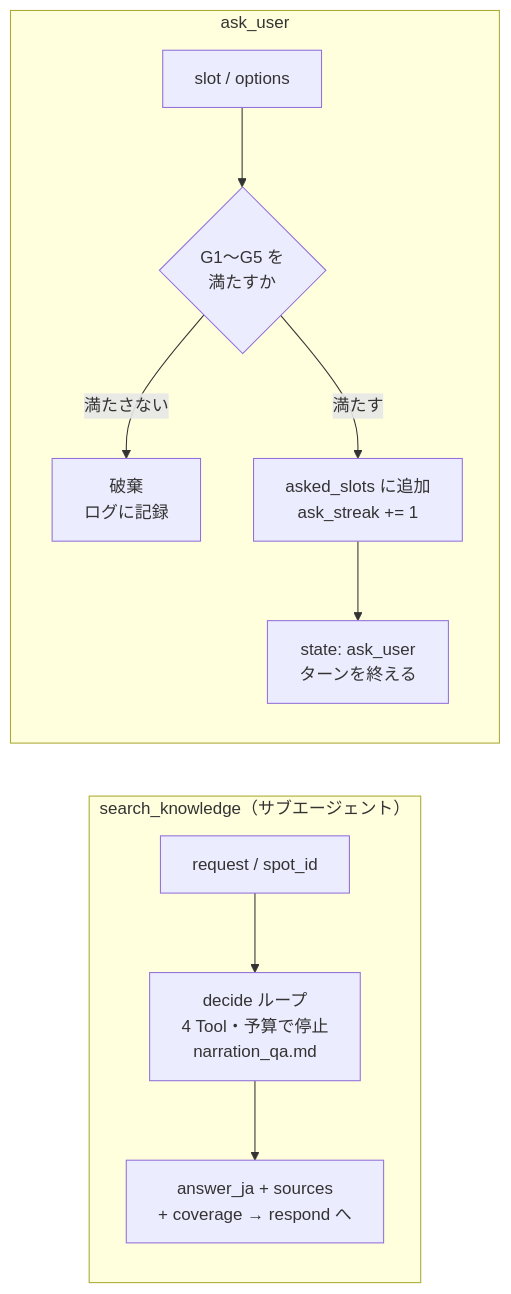
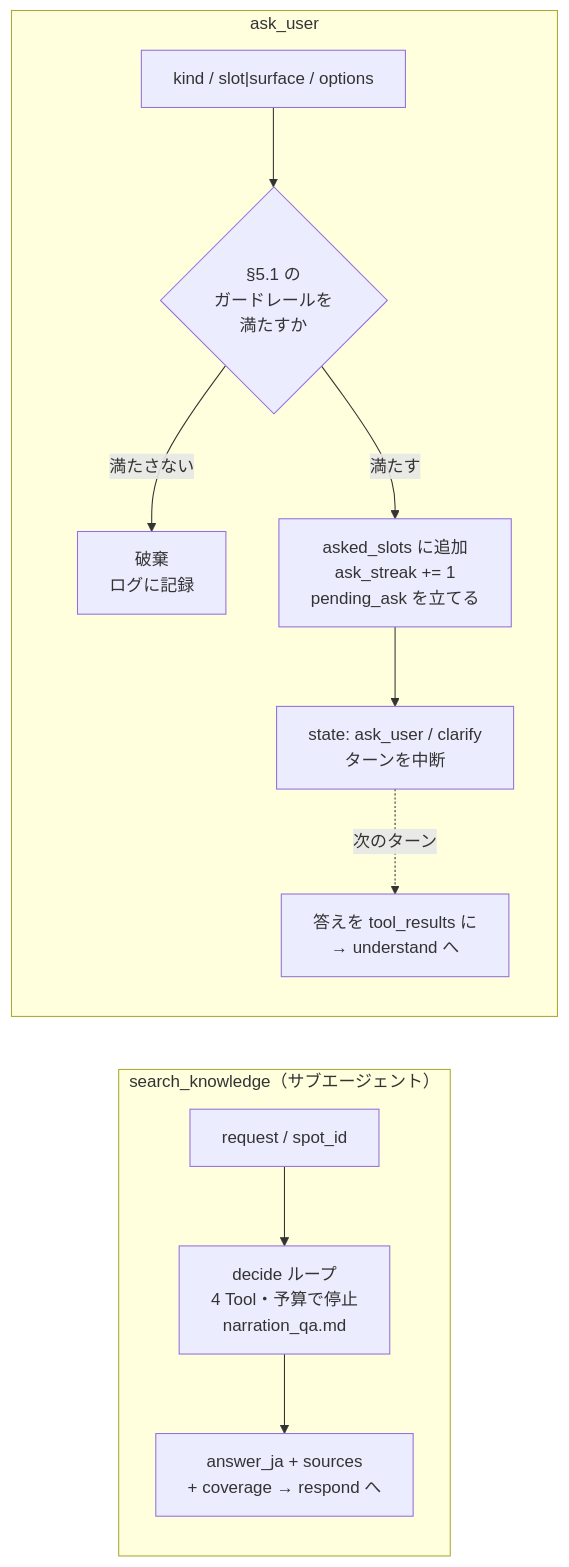
One commit to TakaJun02/Cairn changed diagram 14 of 19 in Docs/30_design/agent_planning_phase.md. Above: the diagram before and after it, drawn with Mermaid. The commit also changed other lines of this file and 56 other files, not shown here.

First line of the commit message:
docs+feat: ask_user 統合(ADR-0018)の実装と、ReAct 構成(ADR-0019)への設計全面改訂

````diff
--- a/Docs/30_design/agent_planning_phase.md
+++ b/Docs/30_design/agent_planning_phase.md
@@ -1473,13 +1536,14 @@
 ```mermaid
 flowchart LR
   subgraph QA["search_knowledge（サブエージェント）"]
     A1["request / spot_id"] --> A2["decide ループ<br/>4 Tool・予算で停止<br/>narration_qa.md"]
     A2 --> A3["answer_ja + sources<br/>+ coverage → respond へ"]
   end
   subgraph ASK["ask_user"]
-    B1["slot / options"] --> B2{"G1〜G5 を<br/>満たすか"}
+    B1["kind / slot|surface / options"] --> B2{"§5.1 の<br/>ガードレールを<br/>満たすか"}
     B2 -->|"満たさない"| B3["破棄<br/>ログに記録"]
-    B2 -->|"満たす"| B4["asked_slots に追加<br/>ask_streak += 1"]
-    B4 --> B5["state: ask_user<br/>ターンを終える"]
+    B2 -->|"満たす"| B4["asked_slots に追加<br/>ask_streak += 1<br/>pending_ask を立てる"]
+    B4 --> B5["state: ask_user / clarify<br/>ターンを中断"]
+    B5 -.->|"次のターン"| B6["答えを tool_results に<br/>→ understand へ"]
   end
 ```
````
